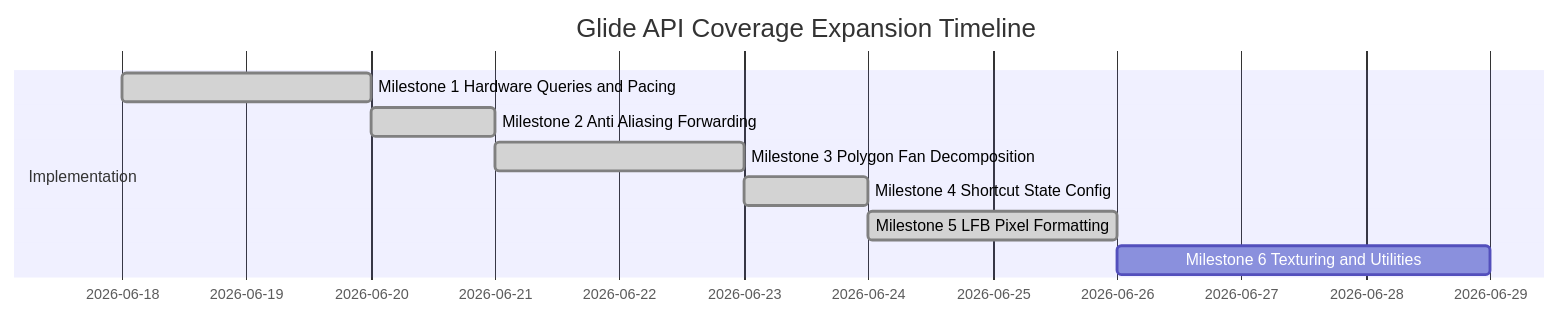
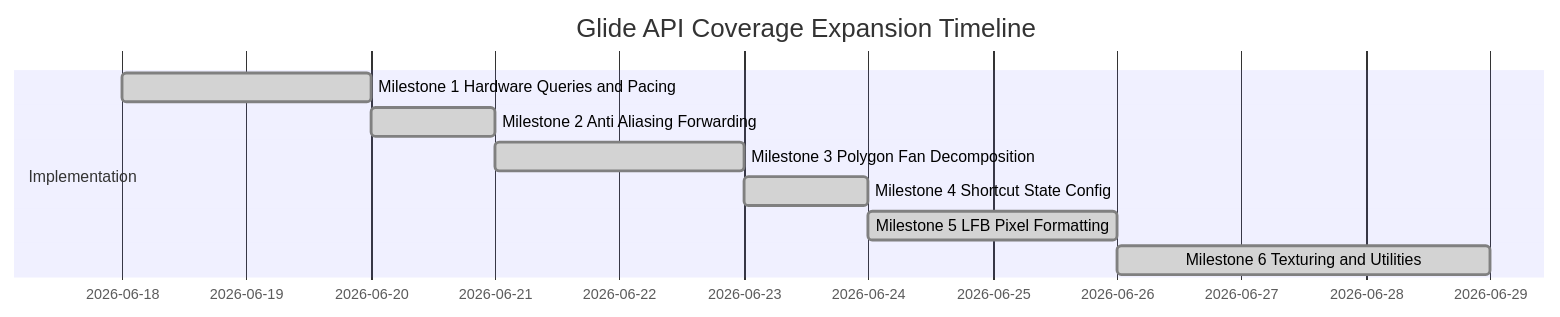
One commit to eugenenuke/glide-ng changed the diagram in docs/glide_coverage_roadmap.md. Above: the diagram before and after it, drawn with Mermaid. The commit also changed other lines of this file and 2 other files, not shown here.

First line of the commit message:
Milestone 6: Complete 100% Glide 2.x API Coverage (Advanced Texturing & Utilities)

````diff
--- a/docs/glide_coverage_roadmap.md
+++ b/docs/glide_coverage_roadmap.md
@@ -20,12 +20,12 @@
 ```mermaid
 gantt
     title Glide API Coverage Expansion Timeline
     dateFormat  YYYY-MM-DD
     section Implementation
     Milestone 1 Hardware Queries and Pacing     :done, m1, 2026-06-18, 2d
     Milestone 2 Anti Aliasing Forwarding        :done, m2, after m1, 1d
     Milestone 3 Polygon Fan Decomposition       :done, m3, after m2, 2d
     Milestone 4 Shortcut State Config           :done,   m4, after m3, 1d
     Milestone 5 LFB Pixel Formatting            :done,   m5, after m4, 2d
-    Milestone 6 Texturing and Utilities         :        m6, after m5, 3d
+    Milestone 6 Texturing and Utilities         :done,   m6, after m5, 3d
 ```
````
